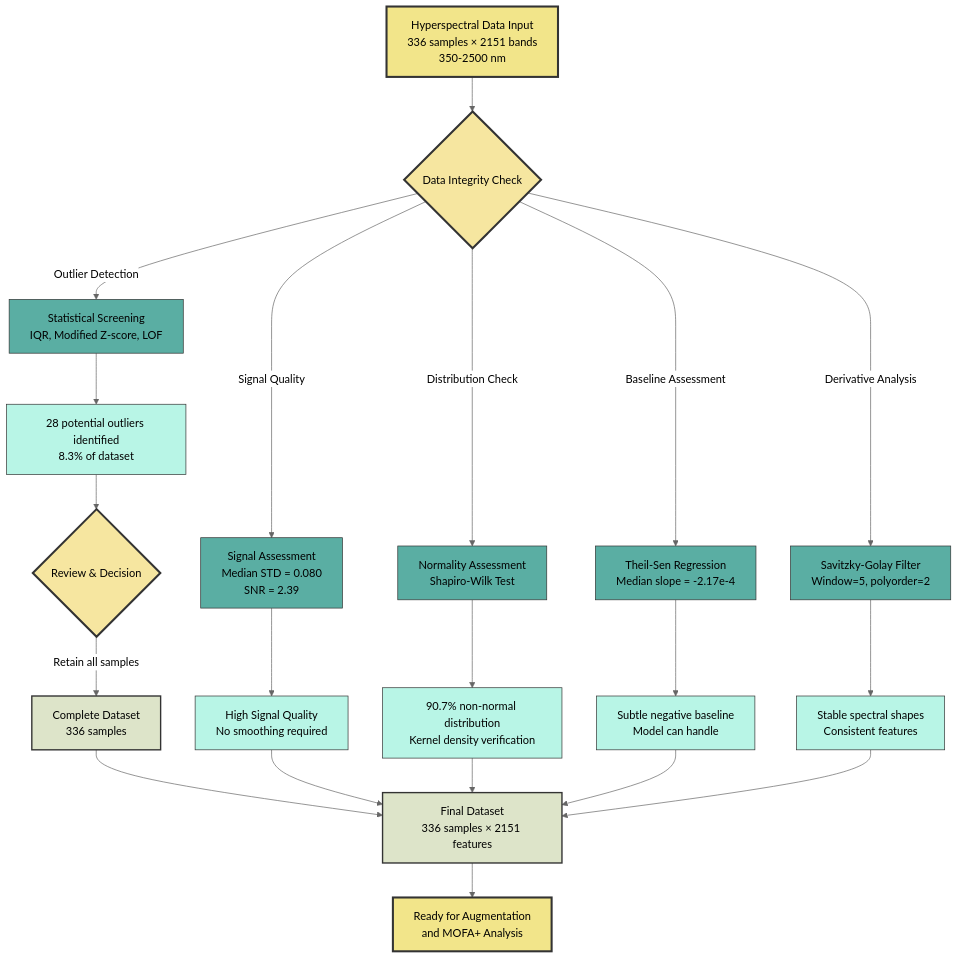
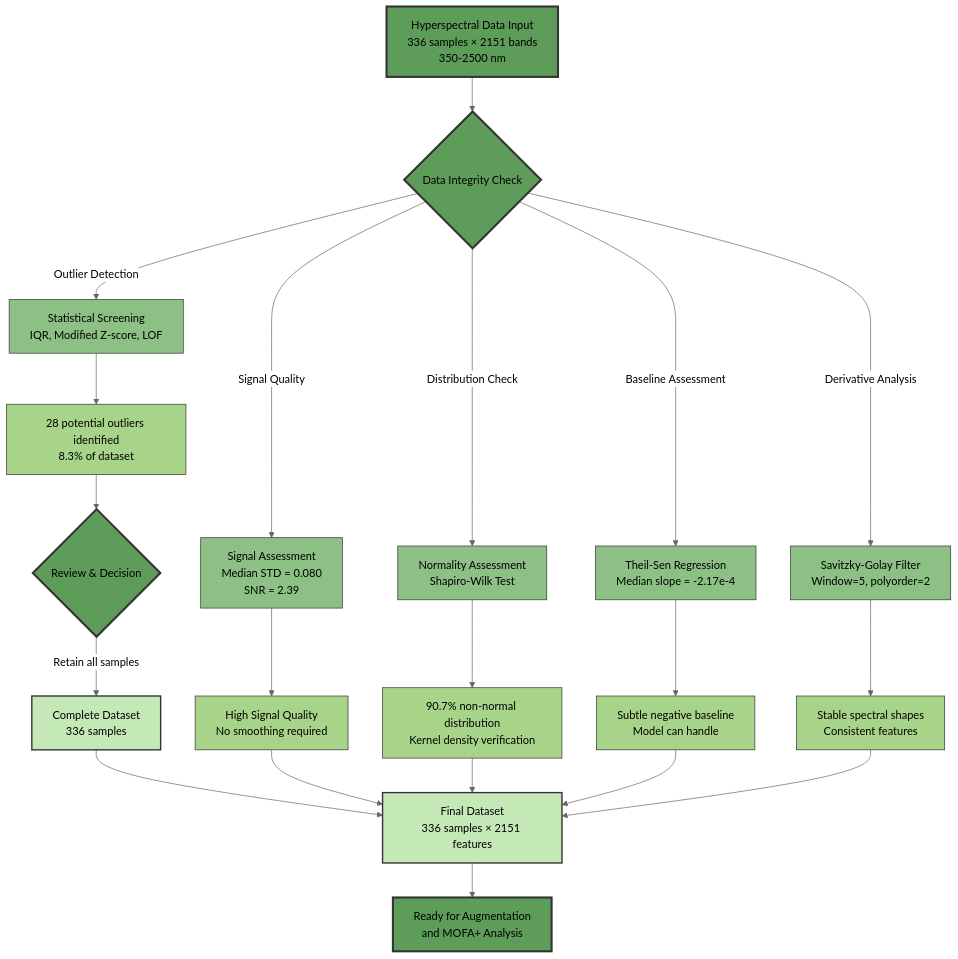
The third of 3 diagrams in README.md (shoaibms/mofa_transformer), drawn with Mermaid (neutral theme) before and after one commit. The commit also changed other lines of this file, not shown here.

````diff
--- a/README.md
+++ b/README.md
@@ -265,42 +286,42 @@
 ```mermaid
 flowchart TB
     A[Hyperspectral Data Input\n336 samples × 2151 bands\n350-2500 nm] --> B{Data Integrity Check}
     
     B -->|Outlier Detection| C[Statistical Screening\nIQR, Modified Z-score, LOF]
     C --> D[28 potential outliers identified\n8.3% of dataset]
     D --> E{Review & Decision}
     E -->|Retain all samples| F[Complete Dataset\n336 samples]
     
     B -->|Signal Quality| G[Signal Assessment\nMedian STD = 0.080\nSNR = 2.39]
     G --> H[High Signal Quality\nNo smoothing required]
     
     B -->|Distribution Check| I[Normality Assessment\nShapiro-Wilk Test]
     I --> J[90.7% non-normal distribution\nKernel density verification]
     
     B -->|Baseline Assessment| K[Theil-Sen Regression\nMedian slope = -2.17e-4]
     K --> L[Subtle negative baseline\nModel can handle]
     
     B -->|Derivative Analysis| M[Savitzky-Golay Filter\nWindow=5, polyorder=2]
     M --> N[Stable spectral shapes\nConsistent features]
     
     F --> O[Final Dataset\n336 samples × 2151 features]
     H --> O
     J --> O
     L --> O
     N --> O
     
     O --> P[Ready for Augmentation\nand MOFA+ Analysis]
     
-    classDef inputStyle fill:#f2e58a,stroke:#333,stroke-width:3px
-    classDef processStyle fill:#5aaea3,stroke:#333,stroke-width:1px
-    classDef decisionStyle fill:#f6e6a0,stroke:#333,stroke-width:3px
-    classDef resultStyle fill:#b8f5e6,stroke:#333,stroke-width:1px
-    classDef outputStyle fill:#dde4c9,stroke:#333,stroke-width:2px
+    classDef inputStyle fill:#5d9c59,stroke:#333,stroke-width:3px
+    classDef processStyle fill:#8cc084,stroke:#333,stroke-width:1px
+    classDef decisionStyle fill:#5d9c59,stroke:#333,stroke-width:3px
+    classDef resultStyle fill:#a7d489,stroke:#333,stroke-width:1px
+    classDef outputStyle fill:#c5e8b7,stroke:#333,stroke-width:2px
     
     class A inputStyle
     class B,E decisionStyle
     class C,G,I,K,M processStyle
     class D,H,J,L,N resultStyle
     class F,O outputStyle
     class P inputStyle
 ```
````
